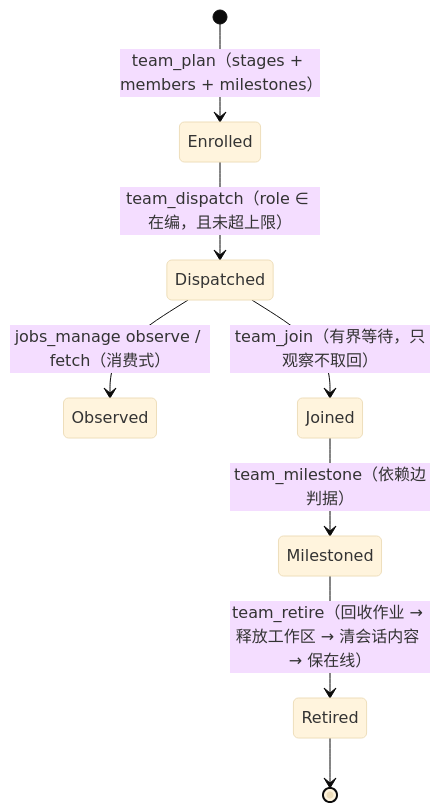
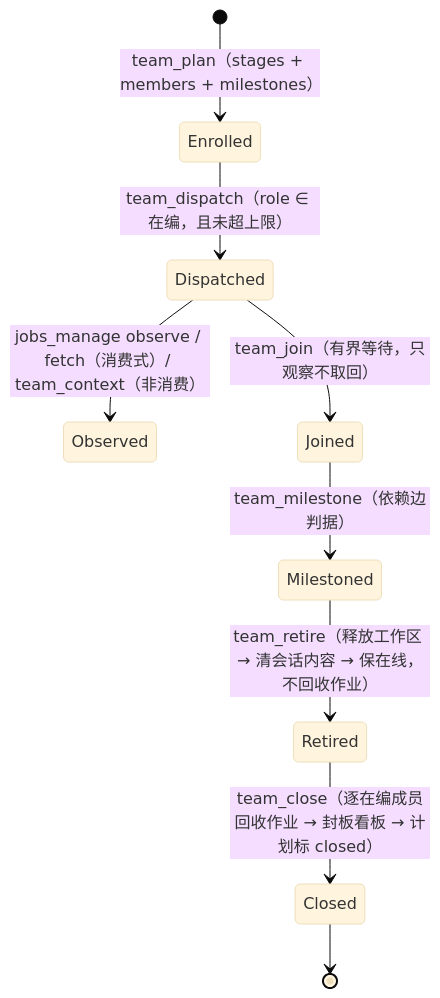
The second of 2 diagrams in seelebridge/teamwork/README.md (RedHuang-0622/seelex), drawn with Mermaid (base theme) before and after one commit. The commit also changed other lines of this file and 35 other files, not shown here.

````diff
--- a/seelebridge/teamwork/README.md
+++ b/seelebridge/teamwork/README.md
@@ -32,10 +34,11 @@
 ```mermaid
 stateDiagram-v2
     [*] --> Enrolled: team_plan（stages + members + milestones）
     Enrolled --> Dispatched: team_dispatch（role ∈ 在编，且未超上限）
-    Dispatched --> Observed: jobs_manage observe / fetch（消费式）
+    Dispatched --> Observed: jobs_manage observe / fetch（消费式）/ team_context（非消费）
     Dispatched --> Joined: team_join（有界等待，只观察不取回）
     Joined --> Milestoned: team_milestone（依赖边判据）
-    Milestoned --> Retired: team_retire（回收作业 → 释放工作区 → 清会话内容 → 保在线）
-    Retired --> [*]
+    Milestoned --> Retired: team_retire（释放工作区 → 清会话内容 → 保在线，不回收作业）
+    Retired --> Closed: team_close（逐在编成员回收作业 → 封板看板 → 计划标 closed）
+    Closed --> [*]
 ```
````
